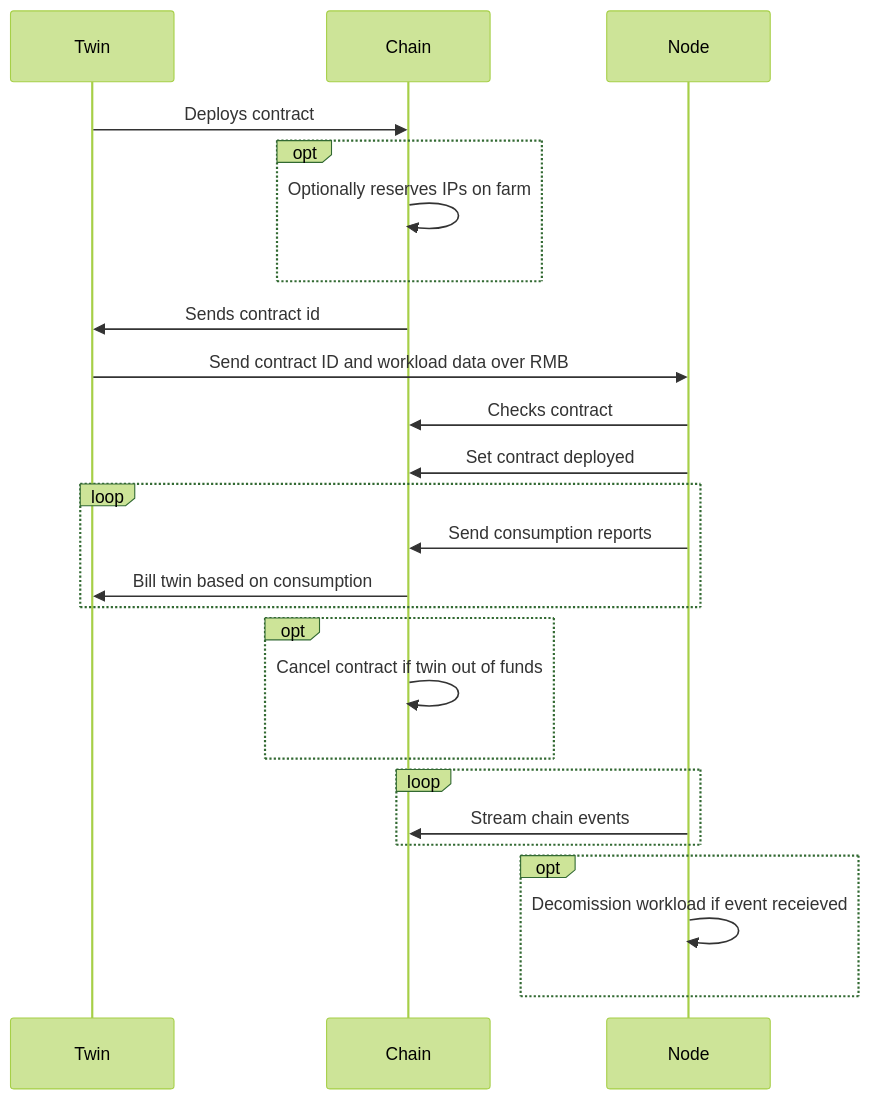
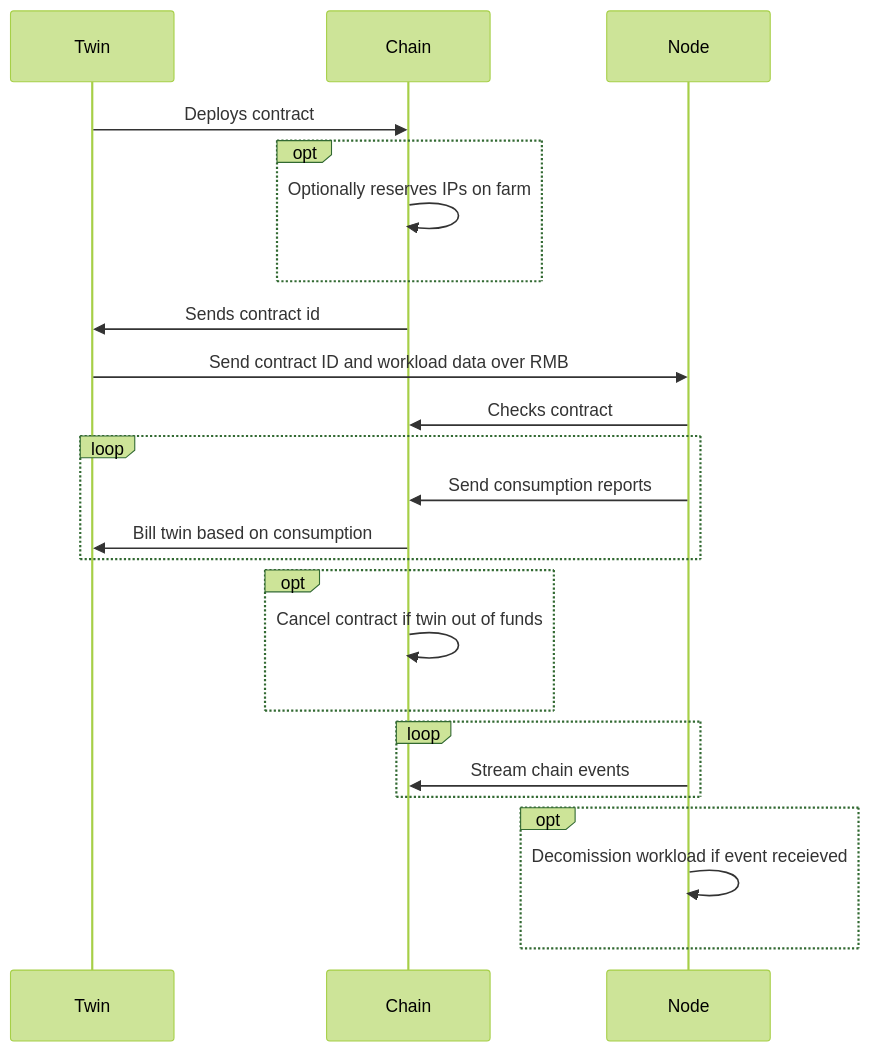
The diagram in wiki/main/specs/substrate/smartContract/uml/flow.md (threefoldtech/TFGRID), drawn with Mermaid (forest theme) before and after one commit. The commit also changed 7 other files, not shown here.

````diff
--- a/wiki/main/specs/substrate/smartContract/uml/flow.md
+++ b/wiki/main/specs/substrate/smartContract/uml/flow.md
@@ -1,24 +1,23 @@
 ```mermaid
 sequenceDiagram
     Twin->>Chain: Deploys contract
     opt
     Chain->>Chain: Optionally reserves IPs on farm
     end
     Chain->>Twin: Sends contract id
     Twin->>Node: Send contract ID and workload data over RMB
     Node->>Chain: Checks contract
-    Node->>Chain: Set contract deployed
     loop
     Node->>Chain: Send consumption reports
     Chain->>Twin: Bill twin based on consumption
     end
     opt
     Chain->>Chain: Cancel contract if twin out of funds
     end
     loop
     Node->>Chain: Stream chain events
     end
     opt
     Node->>Node: Decomission workload if event receieved
     end
 ```
````
